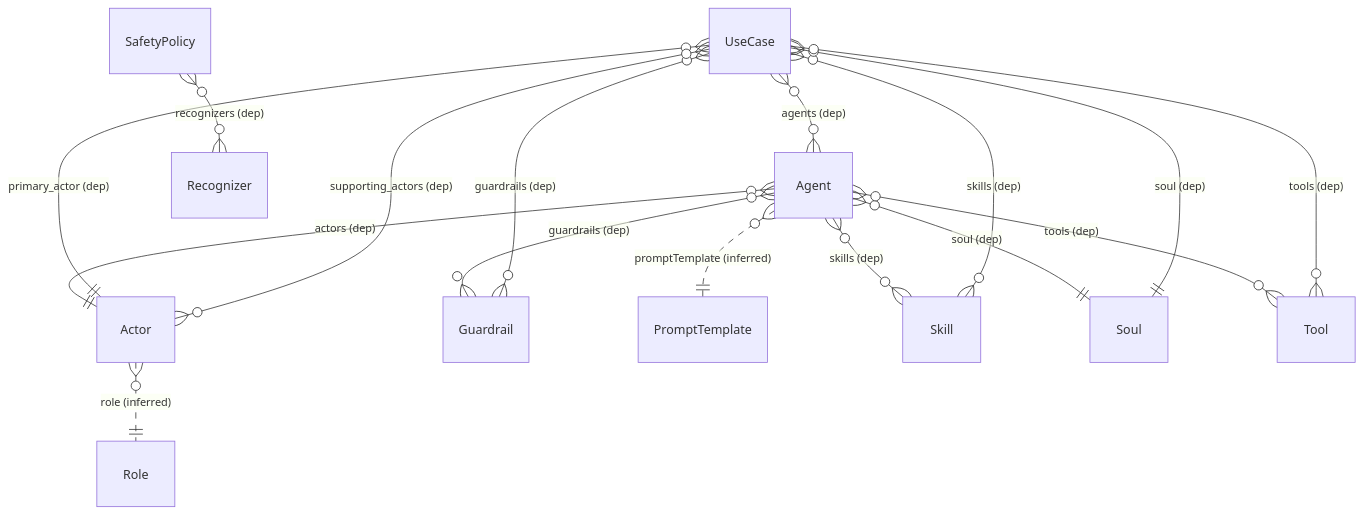
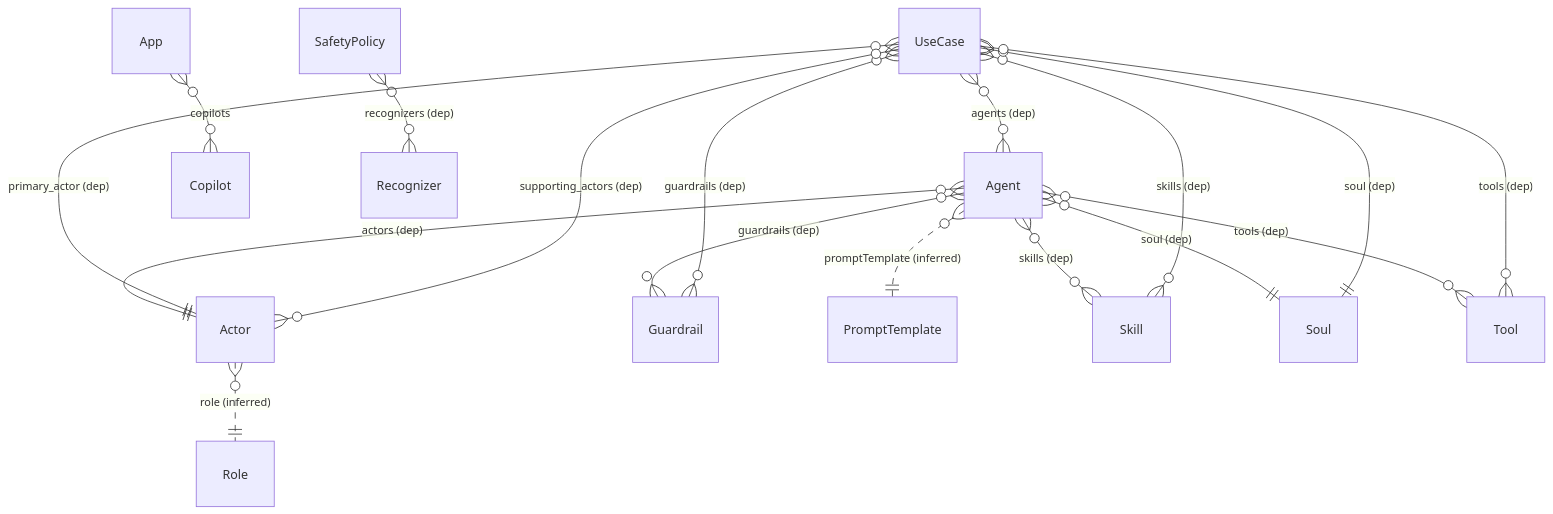
One commit to ruinosus/dna changed the fifth of 12 diagrams in docs/reference/data-model.md. Above: the diagram before and after it, drawn with Mermaid. The commit also changed other lines of this file, not shown here.

First line of the commit message:
chore: regenerar o modelo de dados (MER) — o Kind App entra no plano record

````diff
--- a/docs/reference/data-model.md
+++ b/docs/reference/data-model.md
@@ -172,29 +172,32 @@
 ```mermaid
 erDiagram
     Actor
     Agent
+    App
+    Copilot
     Guardrail
     PromptTemplate
     Recognizer
     Role
     SafetyPolicy
     Skill
     Soul
     Tool
     UseCase
     Actor }o..|| Role : "role (inferred)"
     Agent }o--|| Actor : "actors (dep)"
     Agent }o--}o Guardrail : "guardrails (dep)"
     Agent }o..|| PromptTemplate : "promptTemplate (inferred)"
     Agent }o--}o Skill : "skills (dep)"
     Agent }o--|| Soul : "soul (dep)"
     Agent }o--}o Tool : "tools (dep)"
+    App }o--}o Copilot : "copilots"
     SafetyPolicy }o--}o Recognizer : "recognizers (dep)"
     UseCase }o--}o Agent : "agents (dep)"
     UseCase }o--}o Guardrail : "guardrails (dep)"
     UseCase }o--|| Actor : "primary_actor (dep)"
     UseCase }o--}o Skill : "skills (dep)"
     UseCase }o--|| Soul : "soul (dep)"
     UseCase }o--}o Actor : "supporting_actors (dep)"
     UseCase }o--}o Tool : "tools (dep)"
 ```
````
